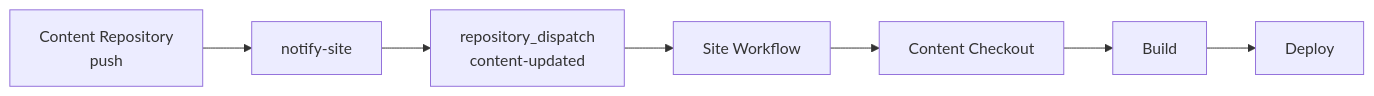
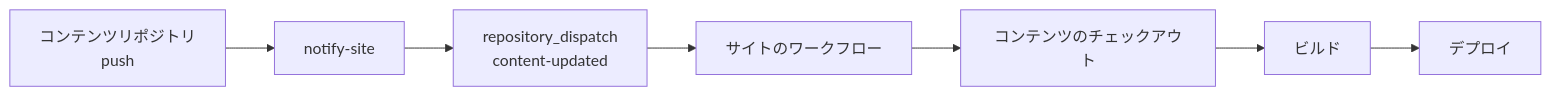
One commit to Rerurate514/riebeckite changed the fifth of 13 diagrams in docs/docs/guides/deployment/separate-content-repository.ja.md. Above: the diagram before and after it, drawn with Mermaid. The commit also changed other lines of this file and 310 other files, not shown here.

````diff
--- a/docs/docs/guides/deployment/separate-content-repository.ja.md
+++ b/docs/docs/guides/deployment/separate-content-repository.ja.md
@@ -611,17 +227,17 @@
-```mermaid id="at7b5m"
+```mermaid
 flowchart LR
-    Push["Content Repository<br/>push"]
+    Push["コンテンツリポジトリ<br/>push"]
     Notify["notify-site"]
     Dispatch["repository_dispatch<br/>content-updated"]
-    Workflow["Site Workflow"]
-    Checkout["Content Checkout"]
-    Build["Build"]
-    Deploy["Deploy"]
+    Workflow["サイトのワークフロー"]
+    Checkout["コンテンツのチェックアウト"]
+    Build["ビルド"]
+    Deploy["デプロイ"]
 
     Push --> Notify
     Notify --> Dispatch
     Dispatch --> Workflow
     Workflow --> Checkout
     Checkout --> Build
     Build --> Deploy
 ```
````
